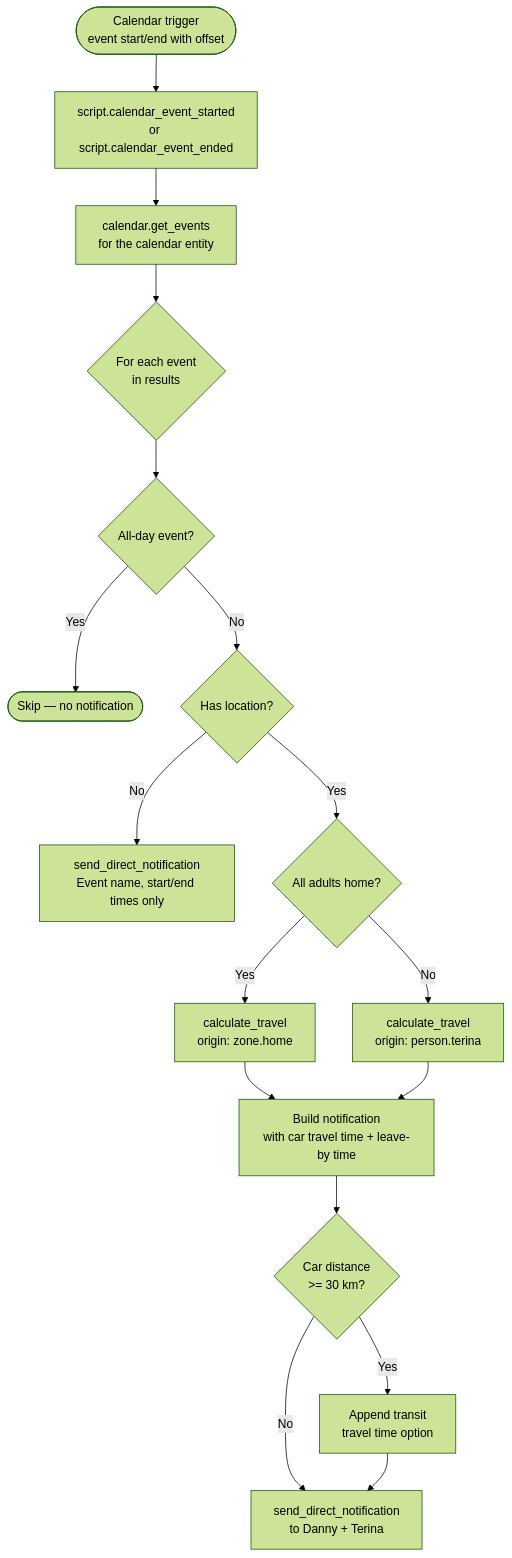
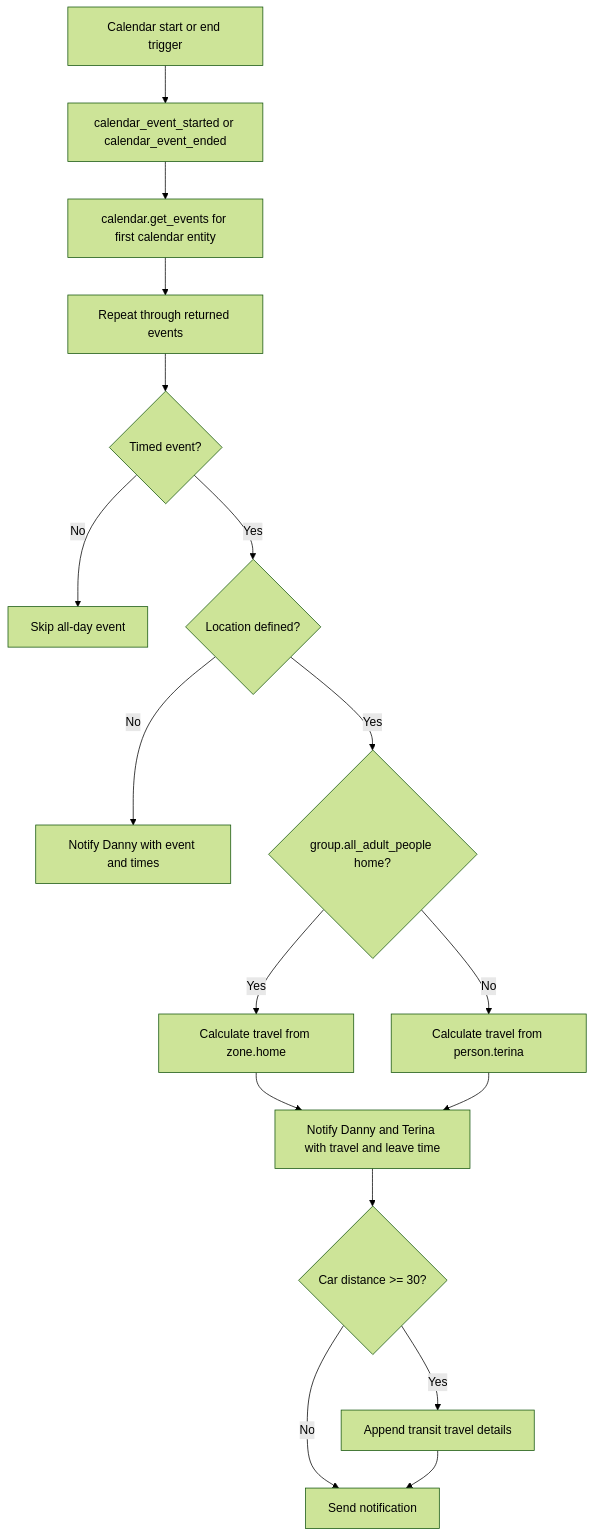
One commit to dannytsang/homeassistant-config changed the diagram in packages/integrations/calendar_README.md. Above: the diagram before and after it, drawn with Mermaid (forest theme). The commit also changed other lines of this file and 60 other files, not shown here.

````diff
--- a/packages/integrations/calendar_README.md
+++ b/packages/integrations/calendar_README.md
@@ -15,19 +27,19 @@
 ```mermaid
 flowchart TD
-    A([Calendar trigger\nevent start/end with offset]) --> B[script.calendar_event_started\nor script.calendar_event_ended]
-    B --> C[calendar.get_events\nfor the calendar entity]
-    C --> D{For each event\nin results}
-    D --> E{All-day event?}
-    E -- Yes --> Z([Skip — no notification])
-    E -- No --> F{Has location?}
-    F -- No --> G[send_direct_notification\nEvent name, start/end times only]
-    F -- Yes --> H{All adults home?}
-    H -- Yes --> I[calculate_travel\norigin: zone.home]
-    H -- No --> J[calculate_travel\norigin: person.terina]
-    I --> K[Build notification\nwith car travel time + leave-by time]
-    J --> K
-    K --> L{Car distance\n>= 30 km?}
-    L -- Yes --> M[Append transit\ntravel time option]
-    L -- No --> N[send_direct_notification\nto Danny + Terina]
-    M --> N
+    Trigger[Calendar start or end trigger] --> Script[calendar_event_started or calendar_event_ended]
+    Script --> Fetch[calendar.get_events for first calendar entity]
+    Fetch --> Each[Repeat through returned events]
+    Each --> Timed{Timed event?}
+    Timed -->|No| Skip[Skip all-day event]
+    Timed -->|Yes| Location{Location defined?}
+    Location -->|No| Simple[Notify Danny with event and times]
+    Location -->|Yes| Adults{group.all_adult_people home?}
+    Adults -->|Yes| HomeOrigin[Calculate travel from zone.home]
+    Adults -->|No| TerinaOrigin[Calculate travel from person.terina]
+    HomeOrigin --> Travel[Notify Danny and Terina with travel and leave time]
+    TerinaOrigin --> Travel
+    Travel --> Distance{Car distance >= 30?}
+    Distance -->|Yes| Transit[Append transit travel details]
+    Distance -->|No| Done[Send notification]
+    Transit --> Done
 ```
````
